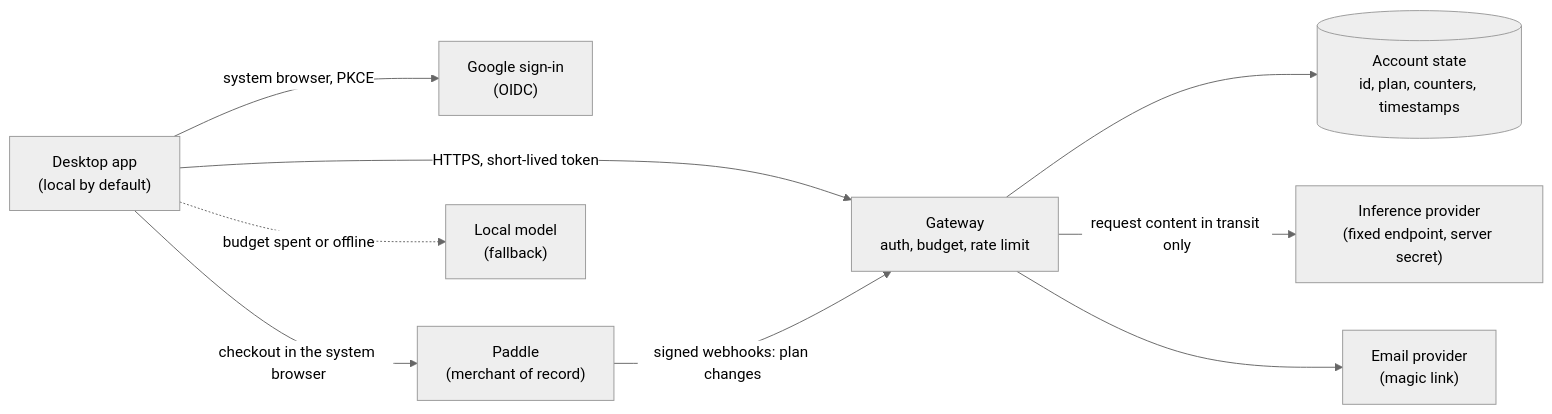
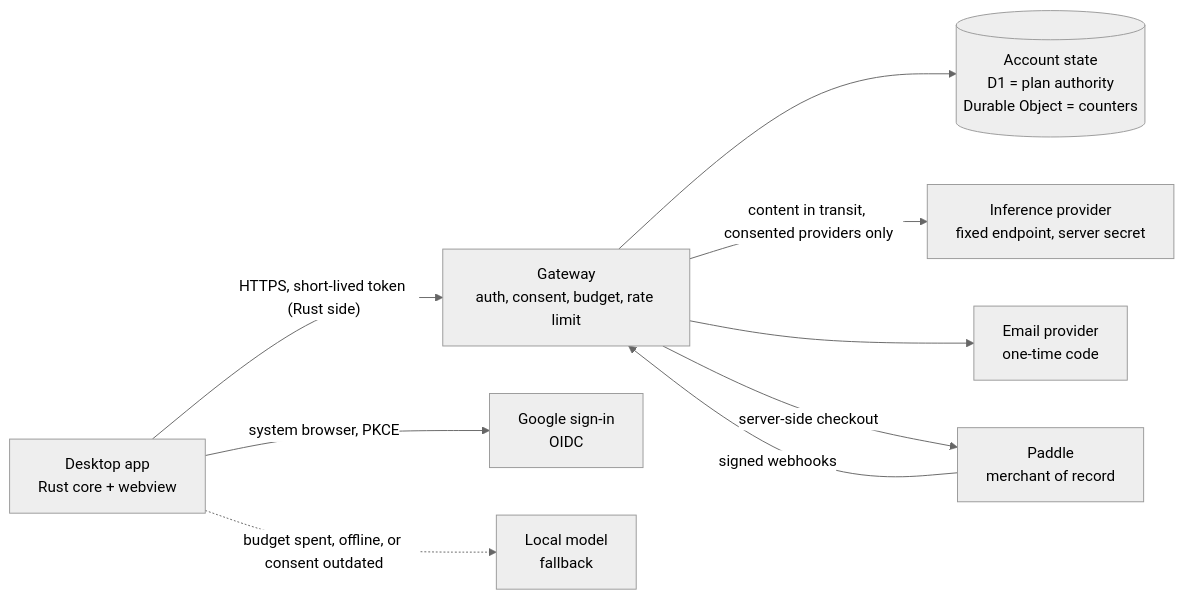
One commit to Shoko-official/StudentLLM changed the diagram in docs/cloud-plan.md. Above: the diagram before and after it, drawn with Mermaid (neutral theme). The commit also changed other lines of this file and 4 other files, not shown here.

````diff
--- a/docs/cloud-plan.md
+++ b/docs/cloud-plan.md
@@ -44,20 +48,20 @@
 ```mermaid
 flowchart LR
-    App["Desktop app<br/>(local by default)"]
-    GW["Gateway<br/>auth, budget, rate limit"]
-    State[("Account state<br/>id, plan, counters, timestamps")]
-    Inf["Inference provider<br/>(fixed endpoint, server secret)"]
-    Google["Google sign-in<br/>(OIDC)"]
-    Mail["Email provider<br/>(magic link)"]
-    Paddle["Paddle<br/>(merchant of record)"]
-    Local["Local model<br/>(fallback)"]
+    App["Desktop app<br/>Rust core + webview"]
+    GW["Gateway<br/>auth, consent, budget, rate limit"]
+    State[("Account state<br/>D1 = plan authority<br/>Durable Object = counters")]
+    Inf["Inference provider<br/>fixed endpoint, server secret"]
+    Google["Google sign-in<br/>OIDC"]
+    Mail["Email provider<br/>one-time code"]
+    Paddle["Paddle<br/>merchant of record"]
+    Local["Local model<br/>fallback"]
 
-    App -- "HTTPS, short-lived token" --> GW
+    App -- "HTTPS, short-lived token (Rust side)" --> GW
     GW --> State
-    GW -- "request content in transit only" --> Inf
+    GW -- "content in transit, consented providers only" --> Inf
     App -- "system browser, PKCE" --> Google
     GW --> Mail
-    Paddle -- "signed webhooks: plan changes" --> GW
-    App -- "checkout in the system browser" --> Paddle
-    App -. "budget spent or offline" .-> Local
+    Paddle -- "signed webhooks" --> GW
+    GW -- "server-side checkout" --> Paddle
+    App -. "budget spent, offline, or consent outdated" .-> Local
 ```
````
